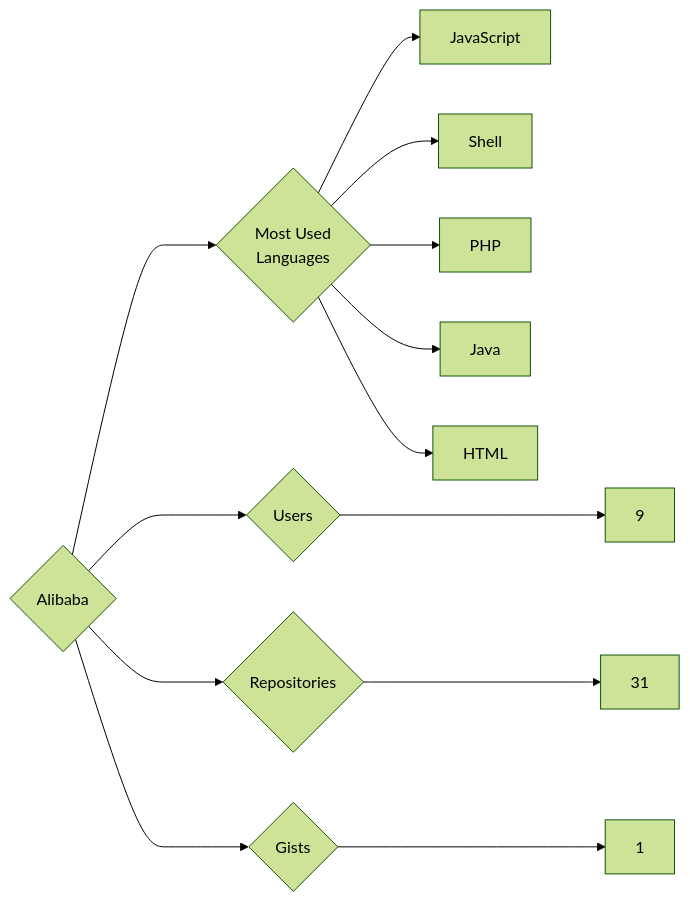
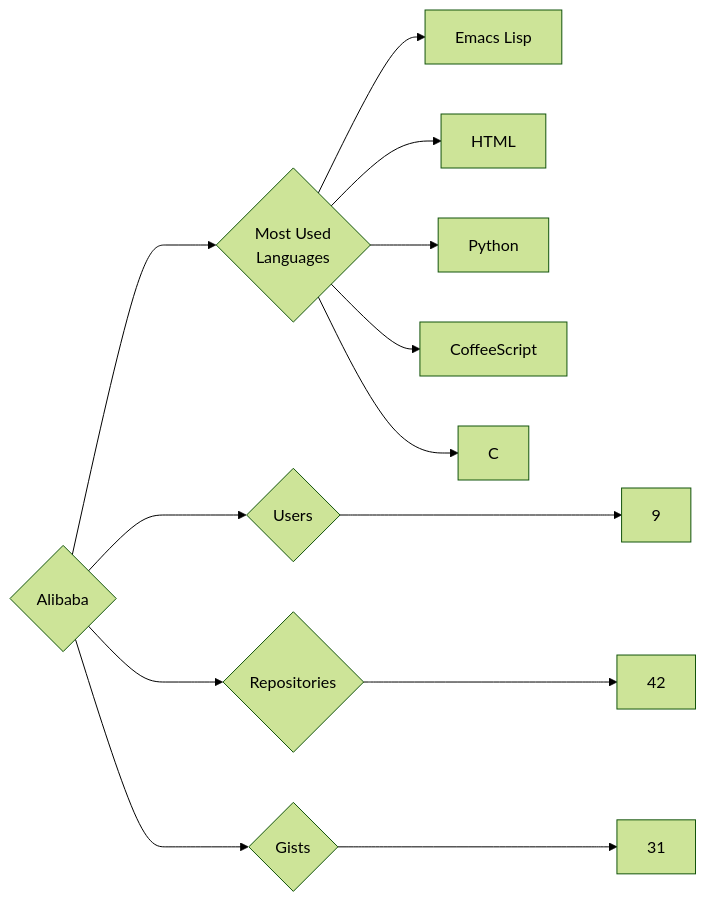
One commit to trickest/insiders changed the diagram in targets/Alibaba/README.md. Above: the diagram before and after it, drawn with Mermaid (forest theme). The commit also changed 776 other files, not shown here.

````diff
--- a/targets/Alibaba/README.md
+++ b/targets/Alibaba/README.md
@@ -3,13 +3,13 @@
 ```mermaid
 graph LR
 COMPANY_NAME{Alibaba}
 COMPANY_NAME ---> U{Users} ---> UN[9]
-COMPANY_NAME ---> R{Repositories} ---> RN[31]
-COMPANY_NAME ---> G{Gists} ---> GN[1]
+COMPANY_NAME ---> R{Repositories} ---> RN[42]
+COMPANY_NAME ---> G{Gists} ---> GN[31]
 COMPANY_NAME ---> ML{Most Used<br>Languages}
-ML --> JavaScript[JavaScript]
-ML --> Shell[Shell]
-ML --> PHP[PHP]
-ML --> Java[Java]
+ML --> Emacs_Lisp[Emacs Lisp]
 ML --> HTML[HTML]
+ML --> Python[Python]
+ML --> CoffeeScript[CoffeeScript]
+ML --> C[C]
 ```
````
